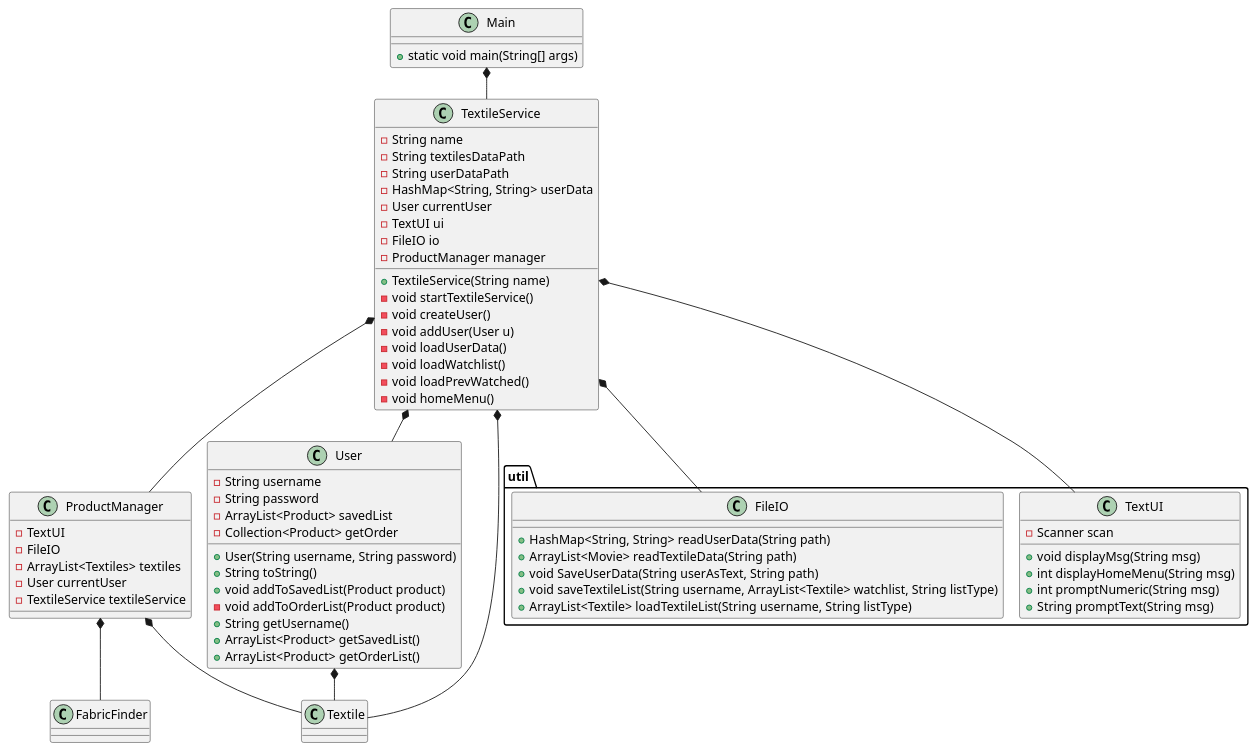
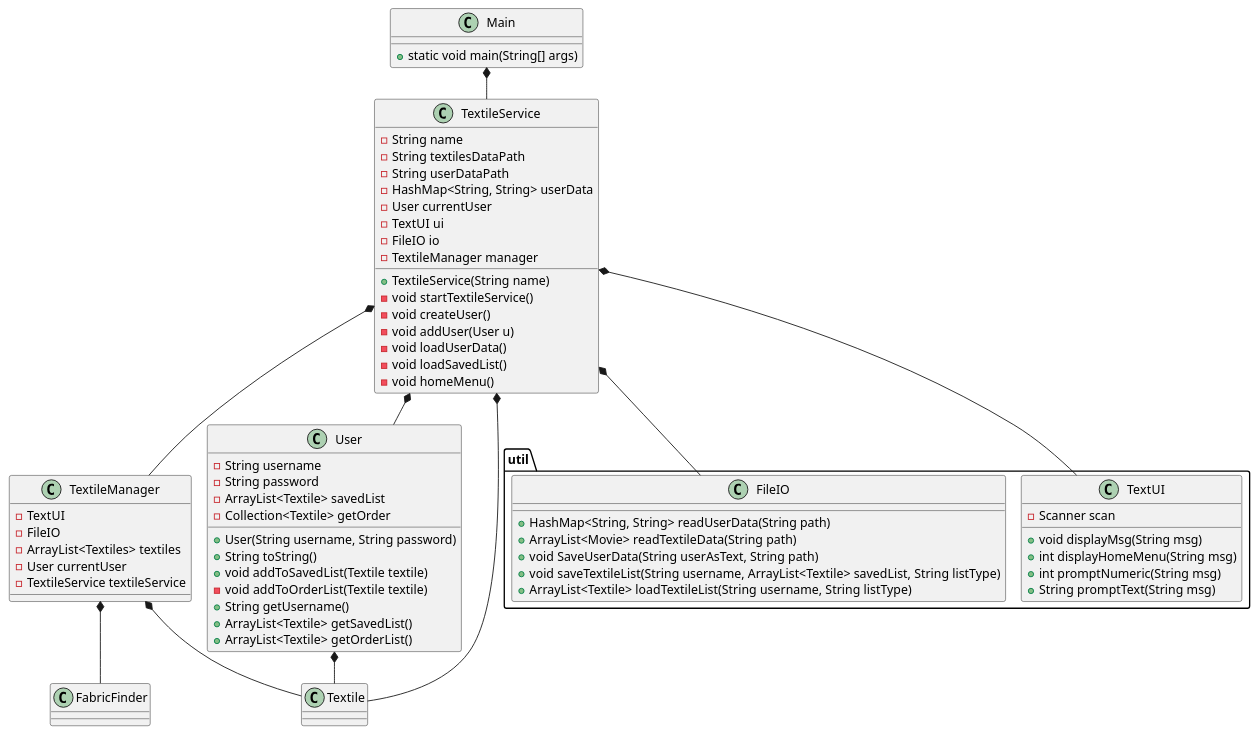
Before and after one commit to Griffenholm/ICE: the diagram in doc/classdiagram/classdiagram.puml, drawn with PlantUML. The commit also changed 8 other files, not shown here.

Commit message:
classdiagram + refactoring

```diff
--- a/doc/classdiagram/classdiagram.puml
+++ b/doc/classdiagram/classdiagram.puml
@@ -1,83 +1,82 @@
 @startuml
 !pragma layout smetana
 
 class Main {
 + static void main(String[] args)
 }
 
 
 class TextileService{
 - String name
 - String textilesDataPath
 - String userDataPath
 - HashMap<String, String> userData
 - User currentUser
 - TextUI ui
 - FileIO io
-- ProductManager manager
+- TextileManager manager
 + TextileService(String name)
 - void startTextileService()
 - void createUser()
 - void addUser(User u)
 - void loadUserData()
-- void loadWatchlist()
-- void loadPrevWatched()
+- void loadSavedList()
 - void homeMenu()
 }
 
-class ProductManager{
+class TextileManager{
 - TextUI
 - FileIO
 - ArrayList<Textiles> textiles
 - User currentUser
 - TextileService textileService
 }
 
 class FabricFinder{
 }
 
 class User {
 - String username
 - String password
-- ArrayList<Product> savedList
-- Collection<Product> getOrder
+- ArrayList<Textile> savedList
+- Collection<Textile> getOrder
 + User(String username, String password)
 + String toString()
-+ void addToSavedList(Product product)
-- void addToOrderList(Product product)
++ void addToSavedList(Textile textile)
+- void addToOrderList(Textile textile)
 + String getUsername()
-+ ArrayList<Product> getSavedList()
-+ ArrayList<Product> getOrderList()
++ ArrayList<Textile> getSavedList()
++ ArrayList<Textile> getOrderList()
 }
 
 class Textile {}
 
 package "util" {
 
 class TextUI {
 - Scanner scan
 + void displayMsg(String msg)
 + int displayHomeMenu(String msg)
 + int promptNumeric(String msg)
 + String promptText(String msg)
 }
 
 class FileIO {
 + HashMap<String, String> readUserData(String path)
 + ArrayList<Movie> readTextileData(String path)
 + void SaveUserData(String userAsText, String path)
-+ void saveTextileList(String username, ArrayList<Textile> watchlist, String listType)
++ void saveTextileList(String username, ArrayList<Textile> savedList, String listType)
 + ArrayList<Textile> loadTextileList(String username, String listType)
 }
 }
 
 Main *-- TextileService
 TextileService *-- FileIO
 TextileService *-- TextUI
 TextileService *-- User
-TextileService *-- ProductManager
-ProductManager *-- Textile
-ProductManager *-- FabricFinder
+TextileService *-- TextileManager
+TextileManager *-- Textile
+TextileManager *-- FabricFinder
 TextileService *-- Textile
 User *-- Textile
 @enduml
```
